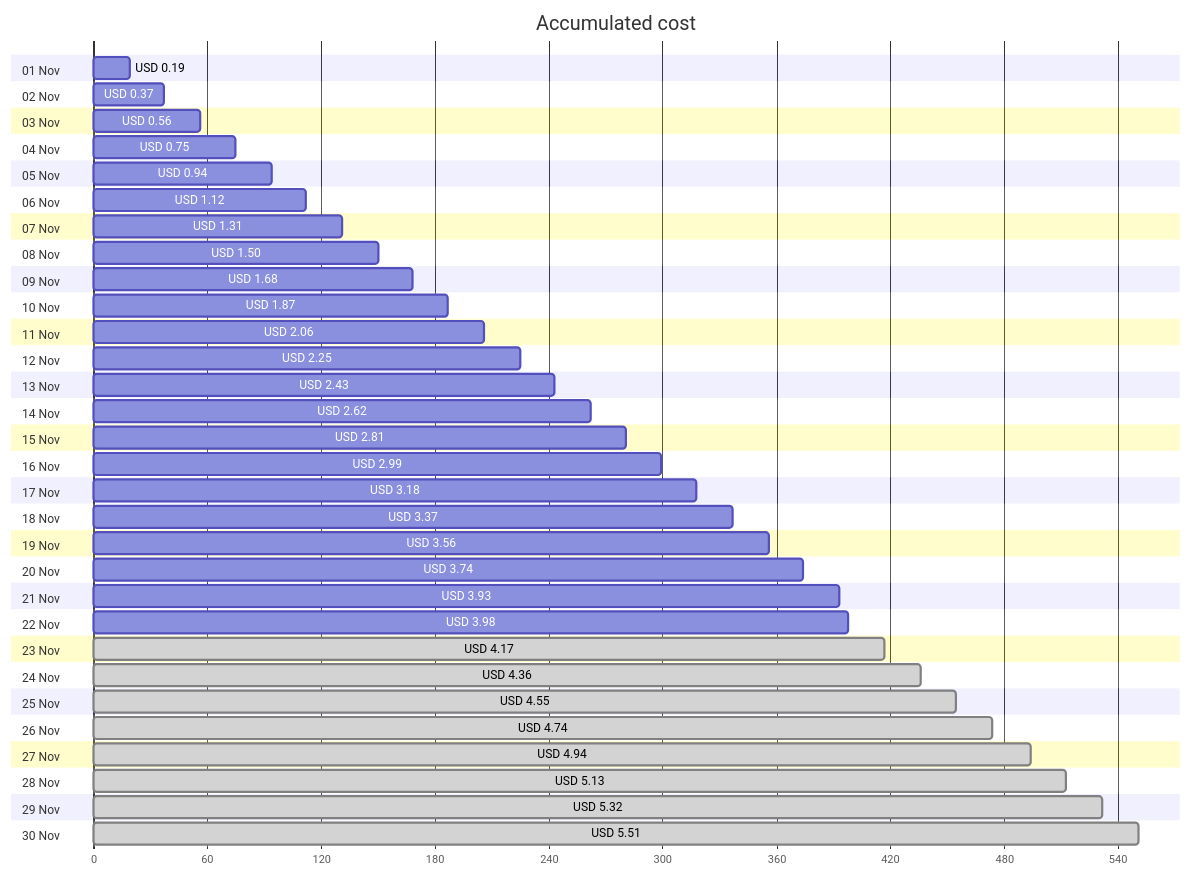
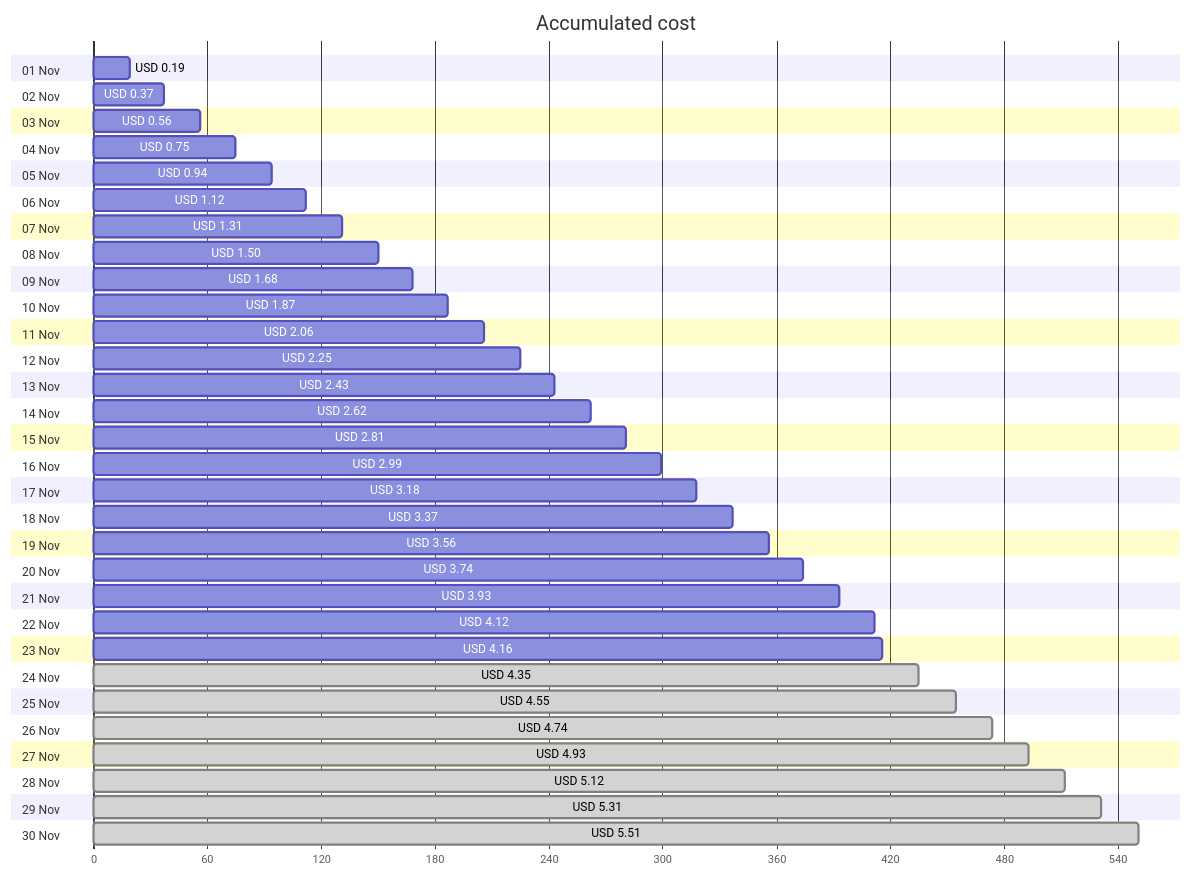
One commit to jpfulton/azure-personal-reports changed the first of 4 diagrams in cost-reports/personal-network/backup-server.md. Above: the diagram before and after it, drawn with Mermaid. The commit also changed other lines of this file and 8 other files, not shown here.

````diff
--- a/cost-reports/personal-network/backup-server.md
+++ b/cost-reports/personal-network/backup-server.md
@@ -20,66 +20,66 @@
 ```mermaid
 gantt
    title Accumulated cost
    dateFormat  X
    axisFormat %s
    section 01 Nov
    USD 0.19 :0, 19
    section 02 Nov
    USD 0.37 :0, 37
    section 03 Nov
    USD 0.56 :0, 56
    section 04 Nov
    USD 0.75 :0, 75
    section 05 Nov
    USD 0.94 :0, 94
    section 06 Nov
    USD 1.12 :0, 112
    section 07 Nov
    USD 1.31 :0, 131
    section 08 Nov
    USD 1.50 :0, 150
    section 09 Nov
    USD 1.68 :0, 168
    section 10 Nov
    USD 1.87 :0, 187
    section 11 Nov
    USD 2.06 :0, 206
    section 12 Nov
    USD 2.25 :0, 225
    section 13 Nov
    USD 2.43 :0, 243
    section 14 Nov
    USD 2.62 :0, 262
    section 15 Nov
    USD 2.81 :0, 281
    section 16 Nov
    USD 2.99 :0, 299
    section 17 Nov
    USD 3.18 :0, 318
    section 18 Nov
    USD 3.37 :0, 337
    section 19 Nov
    USD 3.56 :0, 356
    section 20 Nov
    USD 3.74 :0, 374
    section 21 Nov
    USD 3.93 :0, 393
    section 22 Nov
-   USD 3.98 :0, 398
+   USD 4.12 :0, 412
    section 23 Nov
-   USD 4.17 : done, 0, 417
+   USD 4.16 :0, 416
    section 24 Nov
-   USD 4.36 : done, 0, 436
+   USD 4.35 : done, 0, 435
    section 25 Nov
    USD 4.55 : done, 0, 455
    section 26 Nov
    USD 4.74 : done, 0, 474
    section 27 Nov
-   USD 4.94 : done, 0, 494
+   USD 4.93 : done, 0, 493
    section 28 Nov
-   USD 5.13 : done, 0, 513
+   USD 5.12 : done, 0, 512
    section 29 Nov
-   USD 5.32 : done, 0, 532
+   USD 5.31 : done, 0, 531
    section 30 Nov
    USD 5.51 : done, 0, 551
 ```
````
